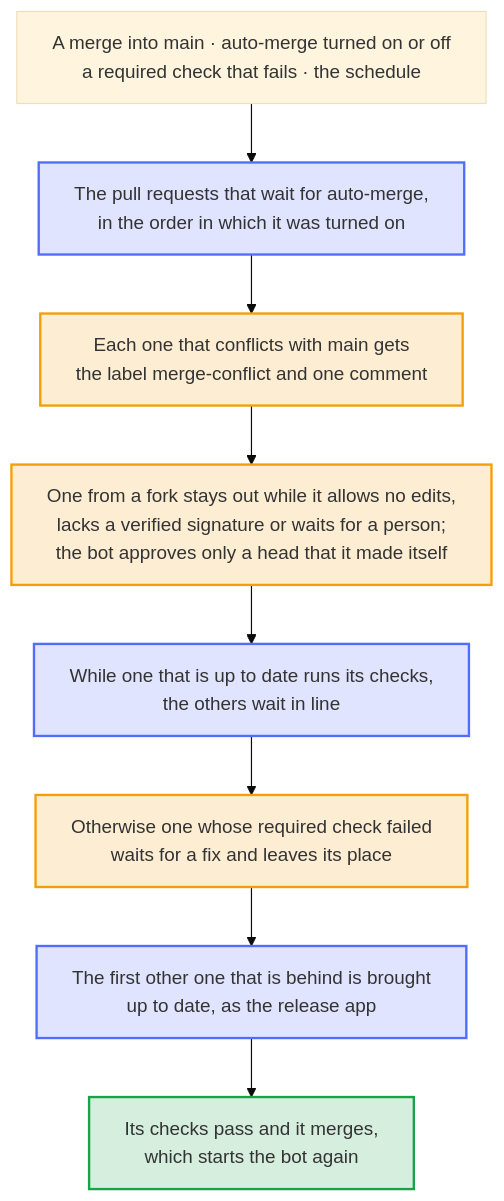
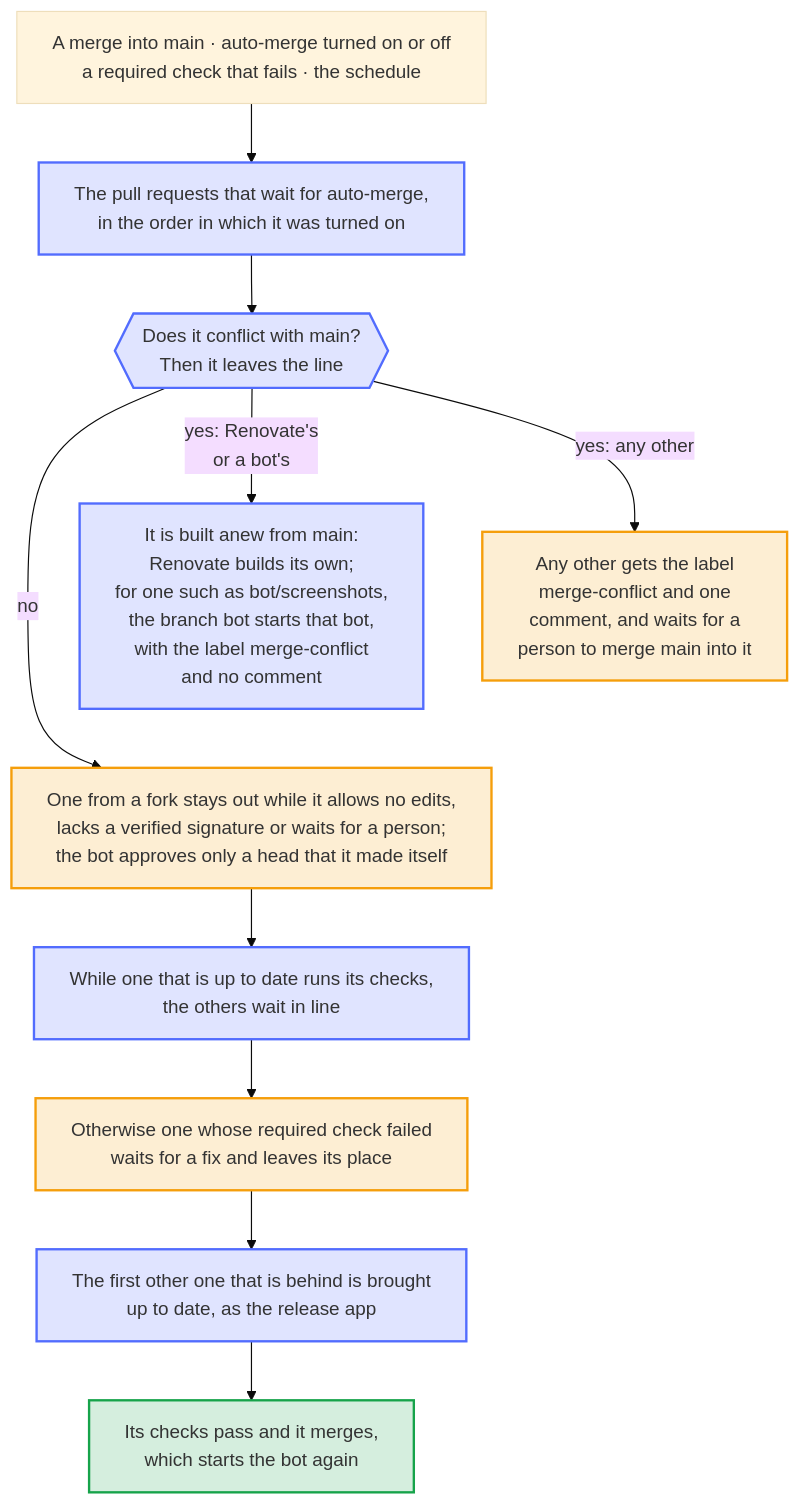
The diagram in docs/diagrams/the-line-of-the-branch-bot.mmd (Dennis-Otto/repo-blueprint), drawn with Mermaid (base theme) before and after one commit. The commit also changed 8 other files, not shown here.

First line of the commit message:
docs: the diagram of the branch bot shows the bot branches that it builds anew

```diff
--- a/docs/diagrams/the-line-of-the-branch-bot.mmd
+++ b/docs/diagrams/the-line-of-the-branch-bot.mmd
@@ -1,32 +1,39 @@
 ---
 config:
   flowchart:
     wrappingWidth: 400
 ---
 flowchart TB
     accTitle: The line of the branch bot
-    accDescr: A merge into main, auto-merge turned on or off, or a required check of a pull request that fails starts the branch bot. It takes the pull requests that wait for auto-merge in the order in which it was turned on. One that conflicts with main gets the label merge-conflict and one comment. One from a fork stays out of the line while its author allows no edits by maintainers, a commit of it has no verified signature, or its runs wait for a person; the bot approves them only for a head that it made itself on top of commits that a person approved. While the checks of one that is up to date run, the others wait in line. Otherwise one whose required check failed waits for a fix, and the bot brings the first other one that is behind up to date, as the release app. Its checks run, and once they pass it merges, which starts the bot again for the next one.
+    accDescr: A merge into main, auto-merge turned on or off, or a required check of a pull request that fails starts the branch bot. It takes the pull requests that wait for auto-merge in the order in which it was turned on. One that conflicts with main leaves the line. Renovate builds a branch of its own anew. A branch of a bot that builds it anew, such as bot/screenshots, gets the label merge-conflict, and the branch bot starts that bot, which builds it anew from main, with no comment, since nobody has to act. Any other gets the label merge-conflict and one comment, and waits for a person to merge main into it. One from a fork stays out of the line while its author allows no edits by maintainers, a commit of it has no verified signature, or its runs wait for a person; the bot approves them only for a head that it made itself on top of commits that a person approved. While the checks of one that is up to date run, the others wait in line. Otherwise one whose required check failed waits for a fix, and the bot brings the first other one that is behind up to date, as the release app. Its checks run, and once they pass it merges, which starts the bot again for the next one.
 
     start["A merge into main · auto-merge turned on or off<br>a required check that fails · the schedule"]
     line["The pull requests that wait for auto-merge,<br>in the order in which it was turned on"]
-    conflict["Each one that conflicts with main gets<br>the label merge-conflict and one comment"]
+    conflict{{"Does it conflict with main?<br>Then it leaves the line"}}
+    rebuilt["It is built anew from main:<br>Renovate builds its own;<br>for one such as bot/screenshots,<br>the branch bot starts that bot,<br>with the label merge-conflict<br>and no comment"]
+    comment["Any other gets the label<br>merge-conflict and one<br>comment, and waits for a<br>person to merge main into it"]
     fork["One from a fork stays out while it allows no edits,<br>lacks a verified signature or waits for a person;<br>the bot approves only a head that it made itself"]
     flight["While one that is up to date runs its checks,<br>the others wait in line"]
     failed["Otherwise one whose required check failed<br>waits for a fix and leaves its place"]
     update["The first other one that is behind is brought<br>up to date, as the release app"]
     merge["Its checks pass and it merges,<br>which starts the bot again"]
 
     start --> line
     line --> conflict
-    conflict --> fork
+    conflict -- "yes: Renovate's<br>or a bot's" --> rebuilt
+    conflict -- "no" --> fork
+    conflict -- "yes: any other" --> comment
+    %% The two ends of a conflict sit beside the line, which goes on below them.
+    rebuilt ~~~ fork
+    comment ~~~ fork
     fork --> flight
     flight --> failed
     failed --> update
     update --> merge
 
     classDef bot fill:#526cfe2e,stroke:#526cfe,stroke-width:2px
     classDef person fill:#f59e0b2e,stroke:#f59e0b,stroke-width:2px
     classDef done fill:#16a34a2e,stroke:#16a34a,stroke-width:2px
-    class line,flight,update bot
-    class conflict,fork,failed person
+    class line,conflict,rebuilt,flight,update bot
+    class comment,fork,failed person
     class merge done
```
